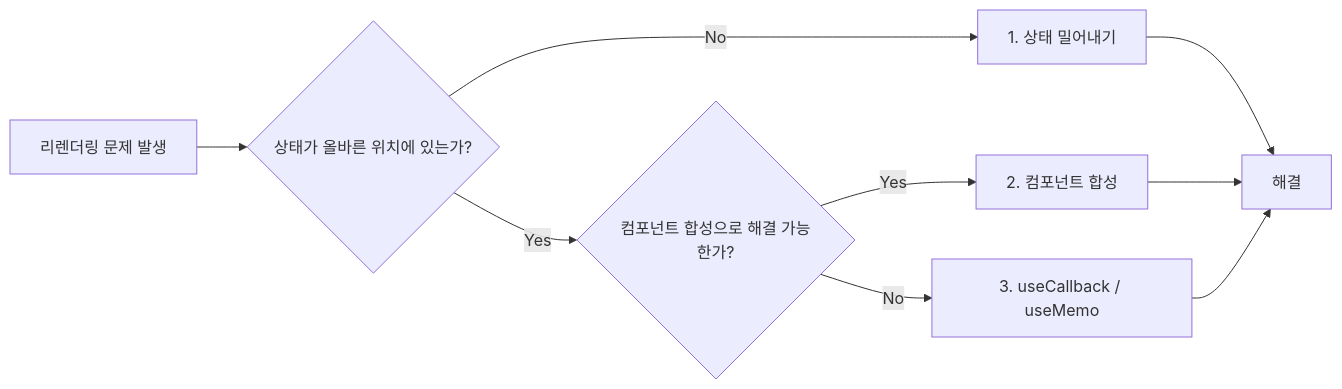
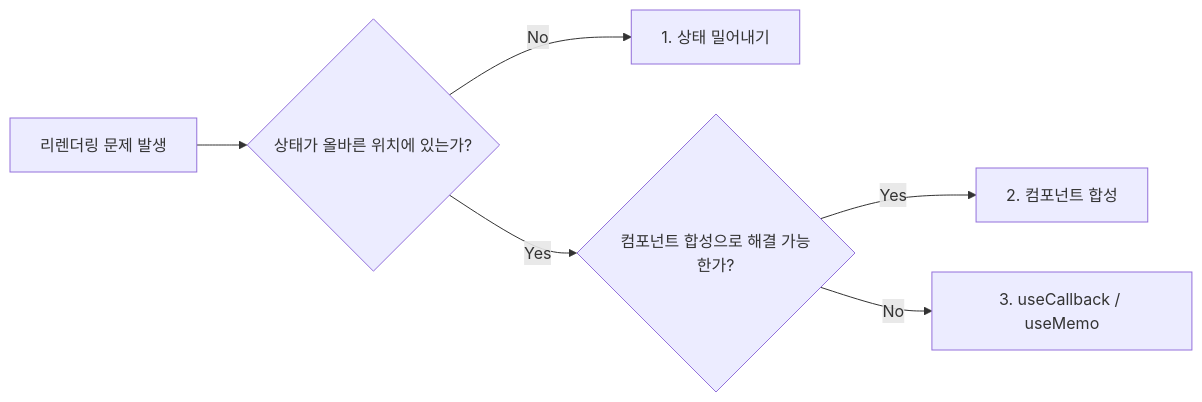
The third of 3 diagrams in markdown/2026-01-18/ko/content.mdx (codefug/codefug.github.io), drawn with Mermaid before and after one commit. The commit also changed other lines of this file and 1 other file, not shown here.

````diff
--- a/markdown/2026-01-18/ko/content.mdx
+++ b/markdown/2026-01-18/ko/content.mdx
@@ -1138,11 +253,8 @@
 ```mermaid
 flowchart LR
     A["리렌더링 문제 발생"] --> B{"상태가 올바른 위치에 있는가?"}
     B -->|No| C["1. 상태 밀어내기"]
     B -->|Yes| D{"컴포넌트 합성으로 해결 가능한가?"}
     D -->|Yes| E["2. 컴포넌트 합성"]
     D -->|No| F["3. useCallback / useMemo"]
-    C --> G["해결"]
-    E --> G
-    F --> G
 ```
````
